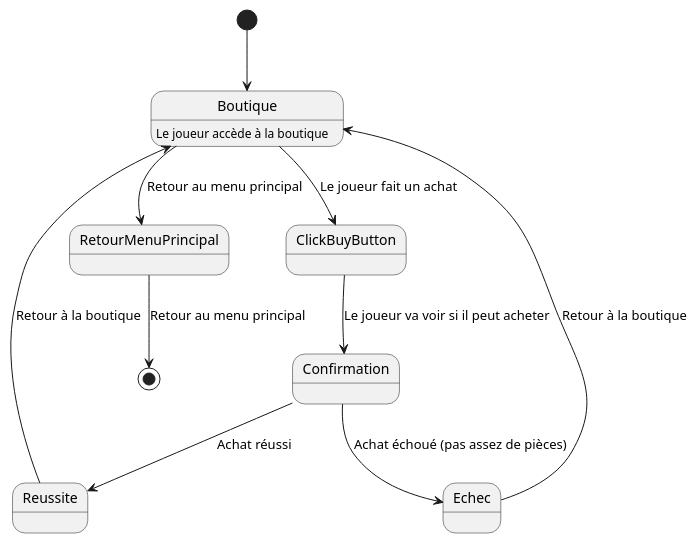
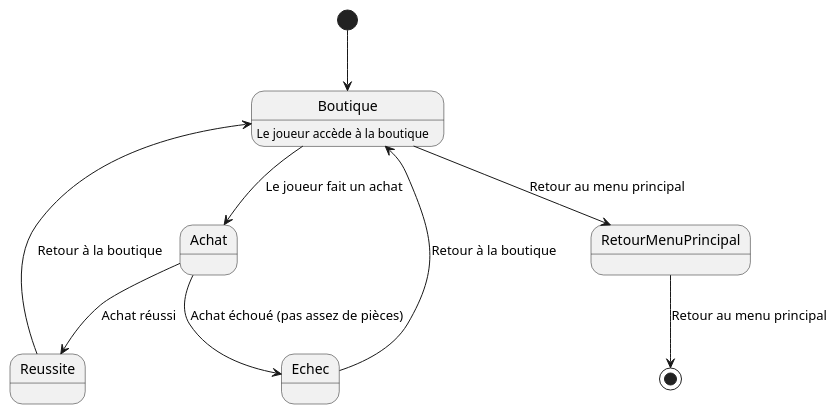
Before and after one commit to LosVerinos/Crossy-Road: the diagram in Analyse/StateDiagram/PurchaseState.puml, drawn with PlantUML. The commit also changed 13 other files, not shown here.

Commit message:
Modifications de certains diagrammes

```diff
--- a/Analyse/StateDiagram/PurchaseState.puml
+++ b/Analyse/StateDiagram/PurchaseState.puml
@@ -1,13 +1,12 @@
 @startuml PurchaseState
 [*] --> Boutique
 Boutique : Le joueur accède à la boutique
 
-Boutique --> ClickBuyButton : Le joueur fait un achat
-ClickBuyButton --> Confirmation : Le joueur va voir si il peut acheter
-Confirmation --> Reussite : Achat réussi
-Confirmation --> Echec : Achat échoué (pas assez de pièces)
+Boutique --> Achat : Le joueur fait un achat
+Achat --> Reussite : Achat réussi
+Achat --> Echec : Achat échoué (pas assez de pièces)
 Reussite --> Boutique : Retour à la boutique
 Echec --> Boutique : Retour à la boutique
 Boutique --> RetourMenuPrincipal : Retour au menu principal
 RetourMenuPrincipal --> [*] : Retour au menu principal
 @enduml
```
